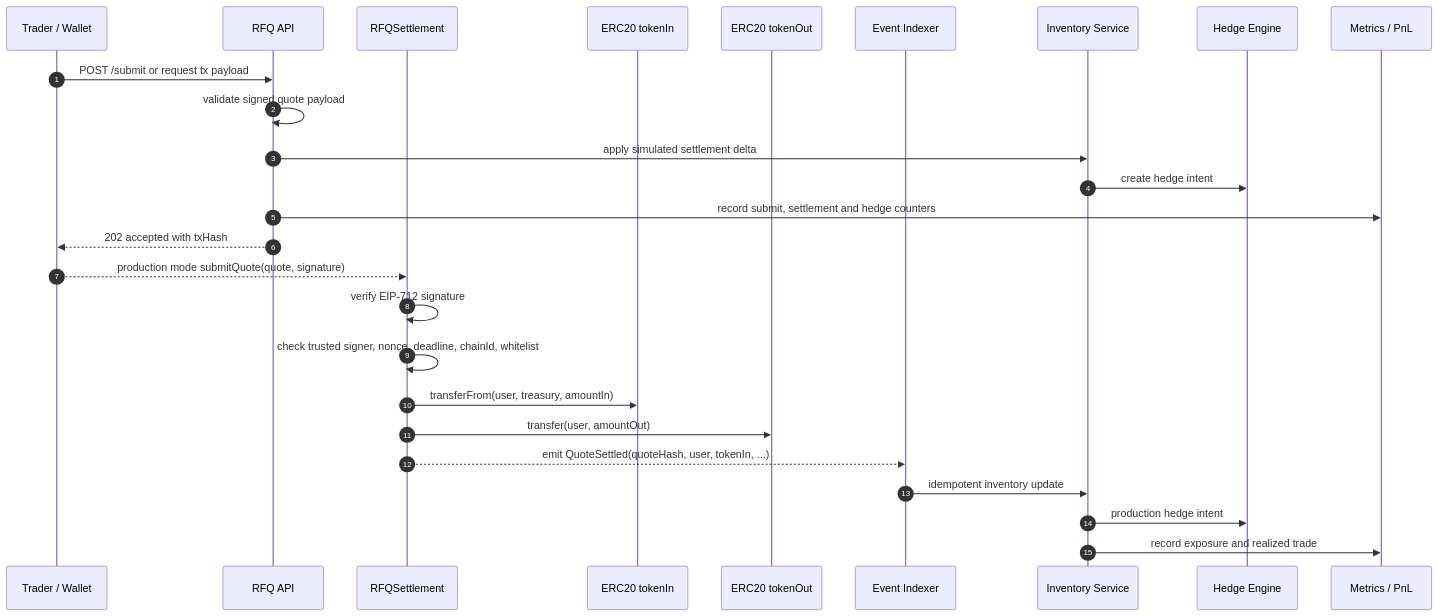
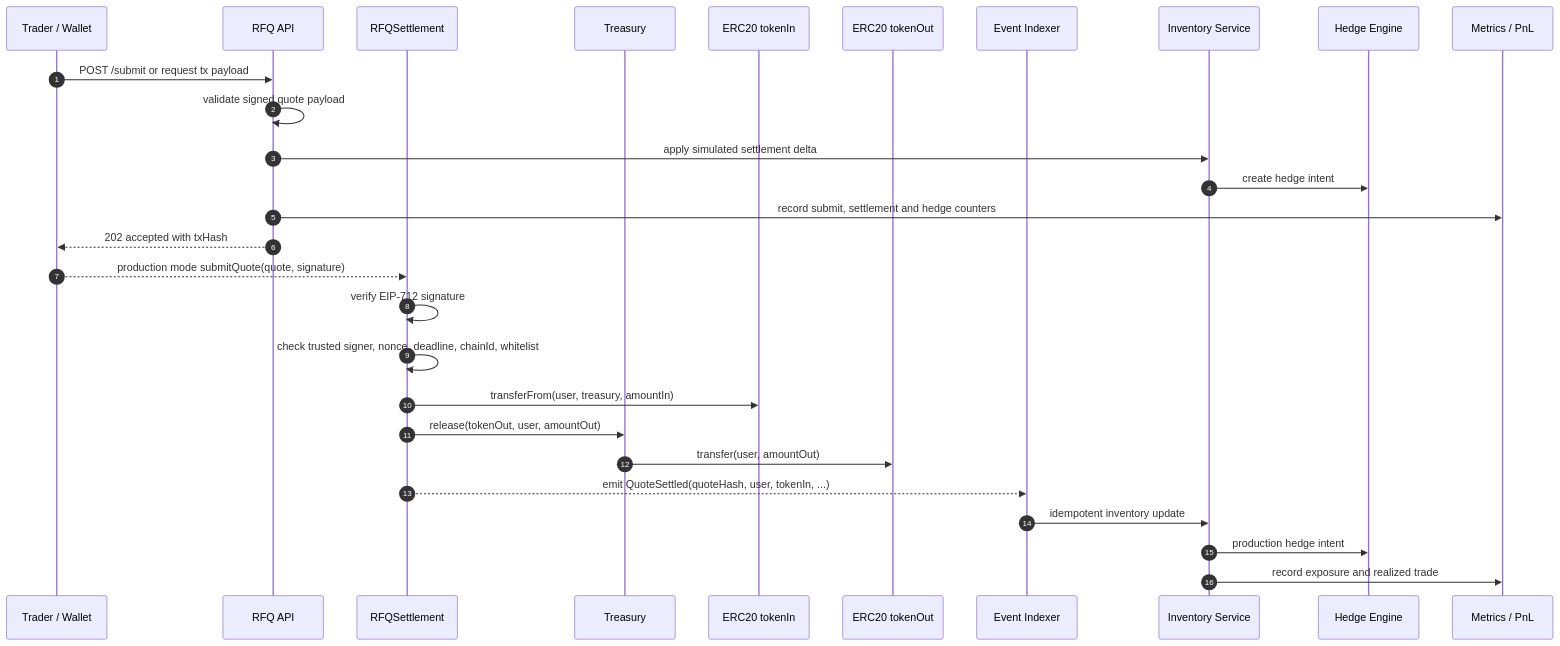
One commit to alvis-ai/production-grade-web3-rfq-market-maker changed the diagram in docs/diagrams/submit-sequence.md. Above: the diagram before and after it, drawn with Mermaid. The commit also changed 11 other files, not shown here.

````diff
--- a/docs/diagrams/submit-sequence.md
+++ b/docs/diagrams/submit-sequence.md
@@ -5,29 +5,31 @@
 ```mermaid
 sequenceDiagram
   autonumber
   participant User as Trader / Wallet
   participant API as RFQ API
   participant Chain as RFQSettlement
+  participant Treasury as Treasury
   participant TokenIn as ERC20 tokenIn
   participant TokenOut as ERC20 tokenOut
   participant Indexer as Event Indexer
   participant Inventory as Inventory Service
   participant Hedge as Hedge Engine
   participant Metrics as Metrics / PnL
 
   User->>API: POST /submit or request tx payload
   API->>API: validate signed quote payload
   API->>Inventory: apply simulated settlement delta
   Inventory->>Hedge: create hedge intent
   API->>Metrics: record submit, settlement and hedge counters
   API-->>User: 202 accepted with txHash
   User-->>Chain: production mode submitQuote(quote, signature)
   Chain->>Chain: verify EIP-712 signature
   Chain->>Chain: check trusted signer, nonce, deadline, chainId, whitelist
   Chain->>TokenIn: transferFrom(user, treasury, amountIn)
-  Chain->>TokenOut: transfer(user, amountOut)
+  Chain->>Treasury: release(tokenOut, user, amountOut)
+  Treasury->>TokenOut: transfer(user, amountOut)
   Chain-->>Indexer: emit QuoteSettled(quoteHash, user, tokenIn, ...)
   Indexer->>Inventory: idempotent inventory update
   Inventory->>Hedge: production hedge intent
   Inventory->>Metrics: record exposure and realized trade
 ```
````
